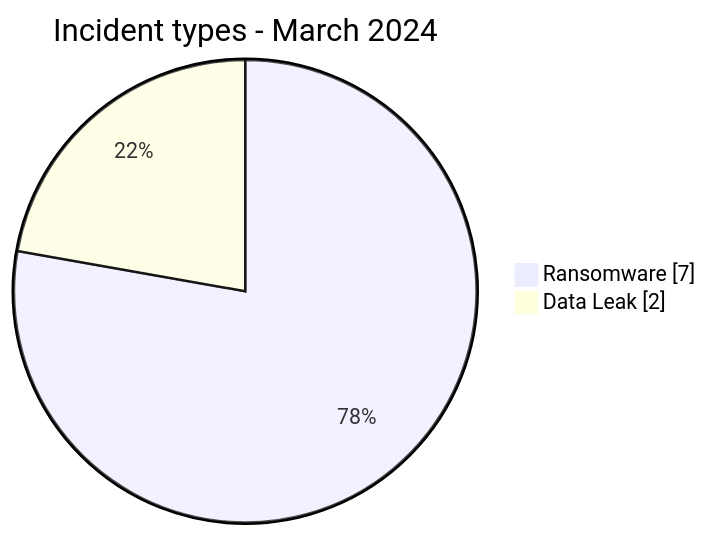
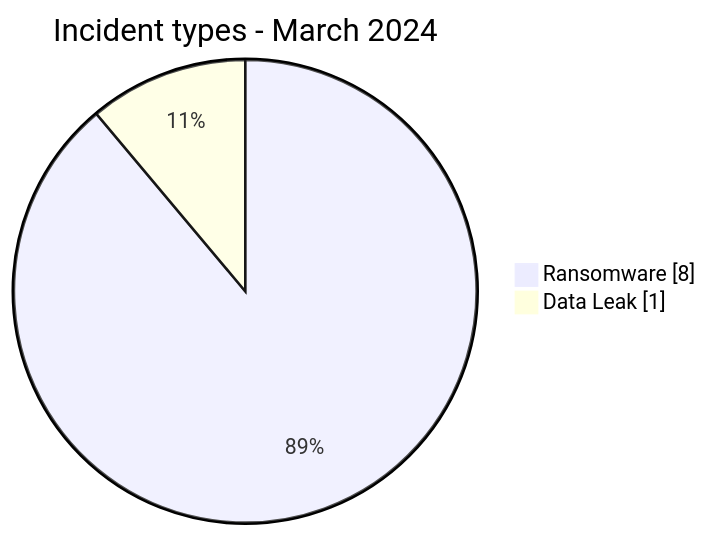
Before and after one commit to Hatchepsoute/AFRINTEL: the first of 2 diagrams in CyberAttackAfrica/2024/03-march/README.md, drawn with Mermaid. The commit also changed other lines of this file and 66 other files, not shown here.

````diff
--- a/CyberAttackAfrica/2024/03-march/README.md
+++ b/CyberAttackAfrica/2024/03-march/README.md
@@ -53,6 +51,6 @@
 ```mermaid
 pie showData
     title Incident types - March 2024
-    "Ransomware" : 7
-    "Data Leak" : 2
+    "Ransomware" : 8
+    "Data Leak" : 1
 ```
````
